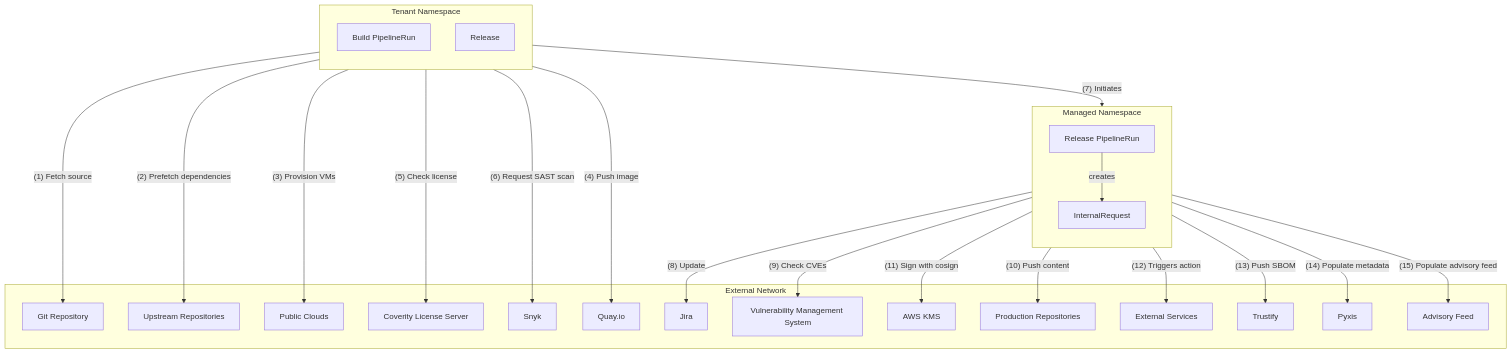
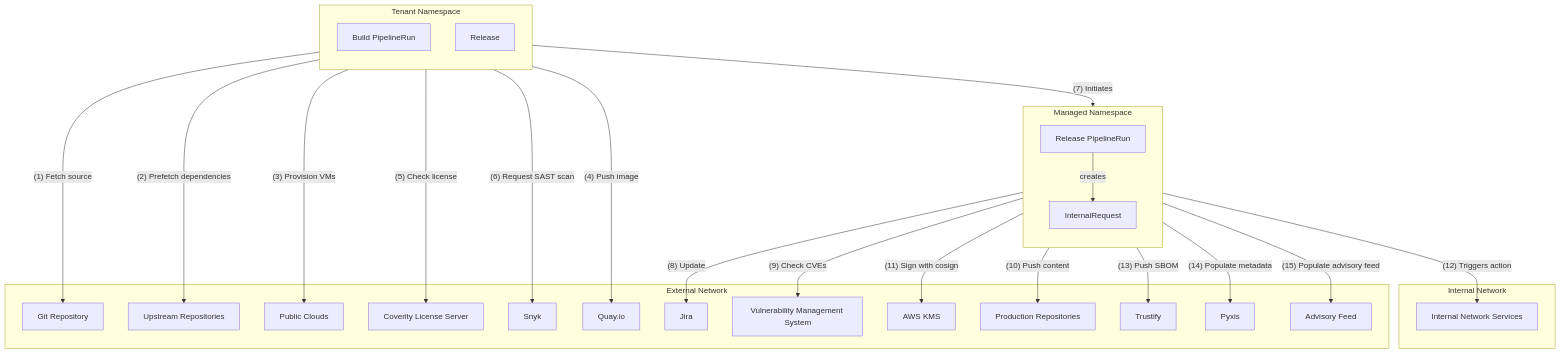
Before and after one commit to konflux-ci/architecture: the third of 3 diagrams in architecture/index.md, drawn with Mermaid. The commit also changed other lines of this file, not shown here.

Commit message:
Move internal services to its own subgraph

````diff
--- a/architecture/index.md
+++ b/architecture/index.md
@@ -280,48 +280,51 @@
 ```mermaid
 graph TD
     subgraph tn[Tenant Namespace]
         direction TB
         bpr["Build PipelineRun"]
         r["Release"]
     end
 
     subgraph mn[Managed Namespace]
         direction TB
         rpr["Release PipelineRun"]
         ir["InternalRequest"]
     end
 
+    subgraph int_net[Internal Network]
+        ins[Internal Network Services]
+    end
+
     subgraph ext[External Network]
         git[Git Repository]
         upstream_repos["Upstream Repositories"]
         clouds[Public Clouds]
         coverity[Coverity License Server]
         snyk[Snyk]
         quay[Quay.io]
         jira[Jira]
         vms[Vulnerability Management System]
         awskms[AWS KMS]
         prod_repos["Production Repositories"]
-        ext_svc[External Services]
         trustify[Trustify]
         pyxis[Pyxis]
         advisory_feed[Advisory Feed]
     end
 
     bpr -- "(1) Fetch source" --> git
     bpr -- "(2) Prefetch dependencies" --> upstream_repos
     bpr -- "(3) Provision VMs" --> clouds
     bpr -- "(4) Push image" --> quay
     bpr -- "(5) Check license" --> coverity
     bpr -- "(6) Request SAST scan" --> snyk
     r -- "(7) Initiates" --> rpr
     rpr -- "(8) Update" --> jira
     rpr -- "(9) Check CVEs" --> vms
     rpr -- "(10) Push content" --> prod_repos
     rpr -- "(11) Sign with cosign" --> awskms
     rpr -- "creates" --> ir
-    ir -- "(12) Triggers action" --> ext_svc
+    ir -- "(12) Triggers action" --> ins
     rpr -- "(13) Push SBOM" --> trustify
     rpr -- "(14) Populate metadata" --> pyxis
     rpr -- "(15) Populate advisory feed" --> advisory_feed
 ```
````
